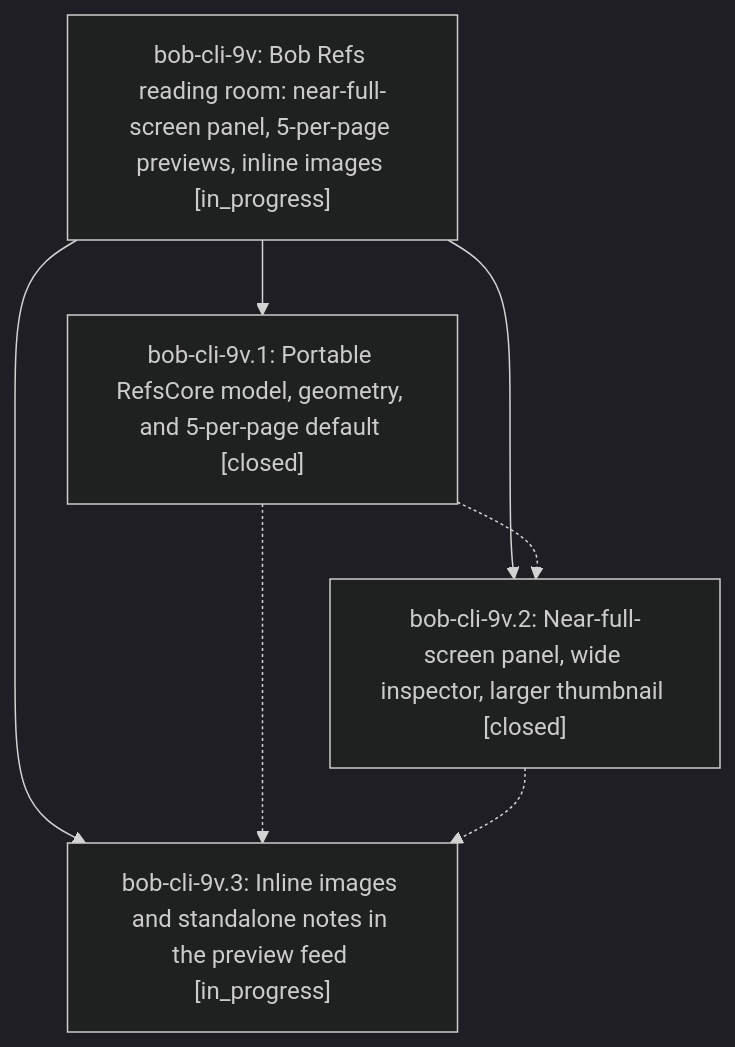
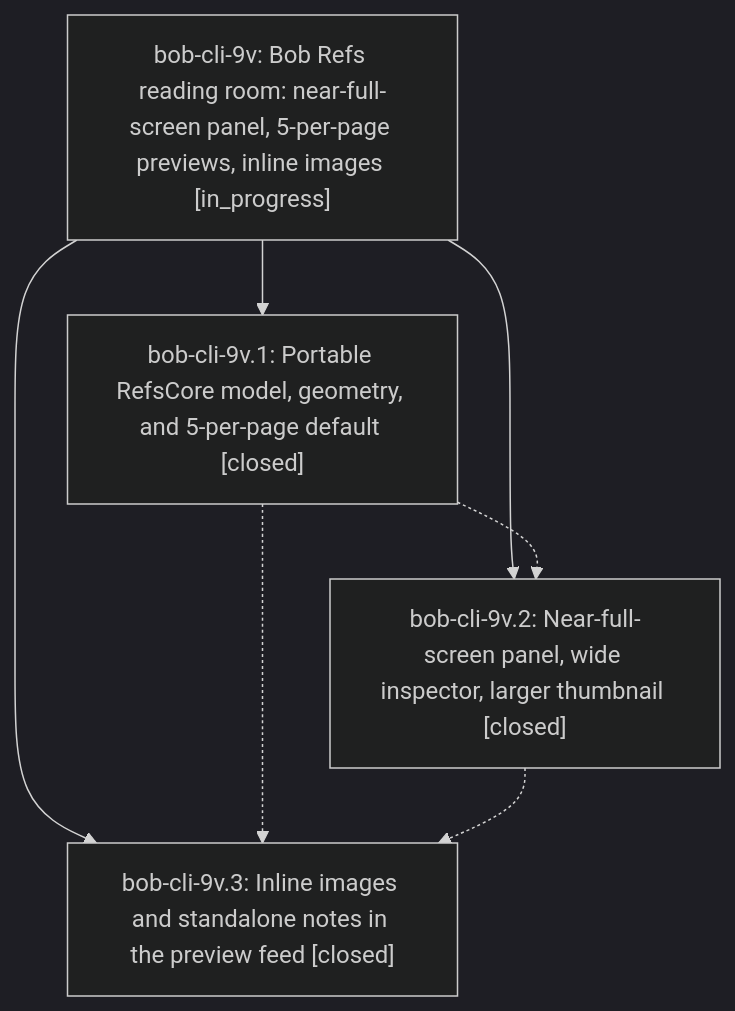
The diagram in pages/bob-cli-9v/README.md (bobs-org/bob-cli--beads), drawn with Mermaid (dark theme) before and after one commit. The commit also changed other lines of this file and 3 other files, not shown here.

First line of the commit message:
chore(beads): sync bead state and pages for bob-cli-9v

````diff
--- a/pages/bob-cli-9v/README.md
+++ b/pages/bob-cli-9v/README.md
@@ -36,13 +36,13 @@
 ```mermaid
 flowchart TD
     n0["bob-cli-9v: Bob Refs reading room: near-full-screen panel, 5-per-page previews, inline images [in_progress]"]
     n1["bob-cli-9v.1: Portable RefsCore model, geometry, and 5-per-page default [closed]"]
     n2["bob-cli-9v.2: Near-full-screen panel, wide inspector, larger thumbnail [closed]"]
-    n3["bob-cli-9v.3: Inline images and standalone notes in the preview feed [in_progress]"]
+    n3["bob-cli-9v.3: Inline images and standalone notes in the preview feed [closed]"]
     n0 --> n1
     n0 --> n2
     n0 --> n3
     n1 -.-> n2
     n1 -.-> n3
     n2 -.-> n3
 ```
````
